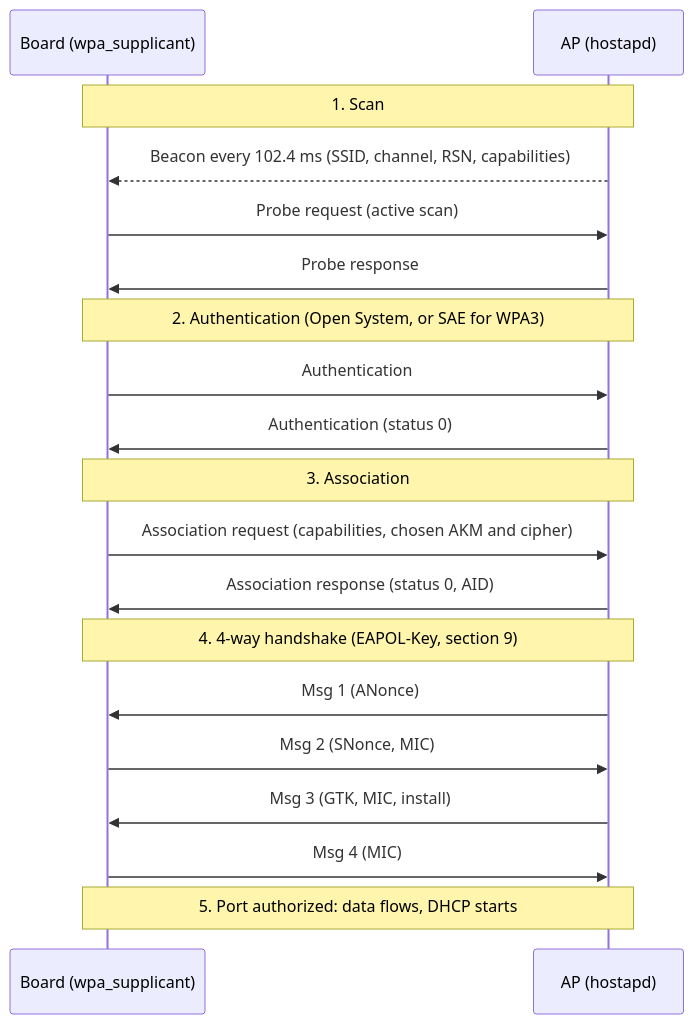
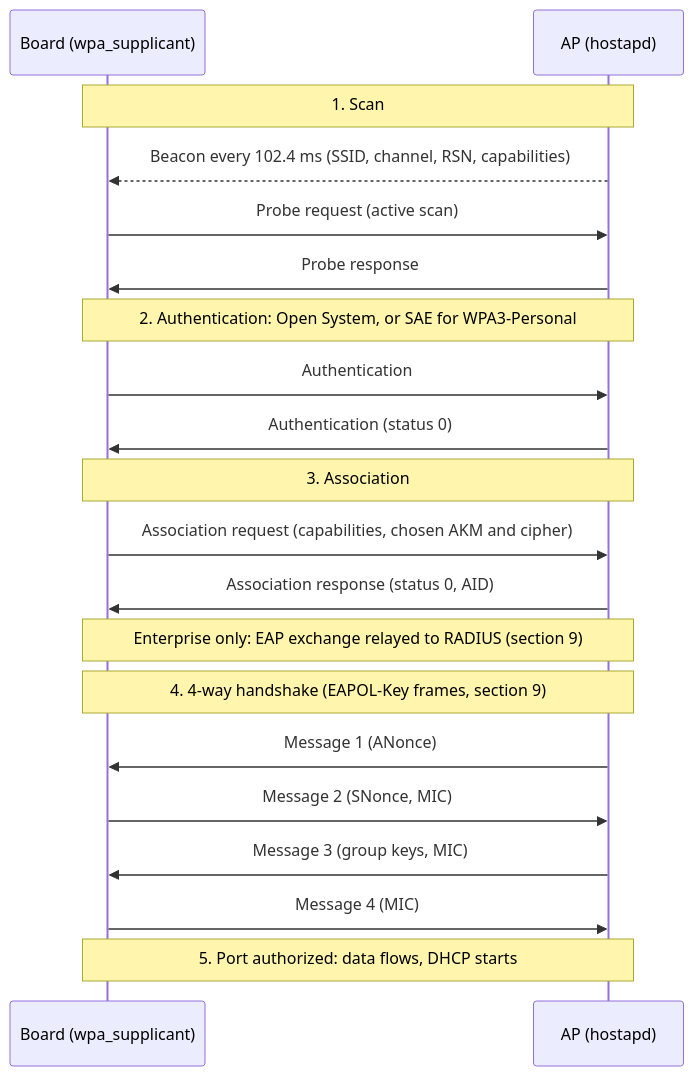
The fourth of 8 diagrams in wireless-protocols-and-connectivity/wifi/wifi.md (yassineflag/engineering-notes-public), drawn with Mermaid before and after one commit. The commit also changed other lines of this file, not shown here.

````diff
--- a/wireless-protocols-and-connectivity/wifi/wifi.md
+++ b/wireless-protocols-and-connectivity/wifi/wifi.md
@@ -628,21 +628,22 @@
 ```mermaid
 sequenceDiagram
     participant S as Board (wpa_supplicant)
     participant A as AP (hostapd)
     Note over S,A: 1. Scan
     A-->>S: Beacon every 102.4 ms (SSID, channel, RSN, capabilities)
     S->>A: Probe request (active scan)
     A->>S: Probe response
-    Note over S,A: 2. Authentication (Open System, or SAE for WPA3)
+    Note over S,A: 2. Authentication: Open System, or SAE for WPA3-Personal
     S->>A: Authentication
     A->>S: Authentication (status 0)
     Note over S,A: 3. Association
     S->>A: Association request (capabilities, chosen AKM and cipher)
     A->>S: Association response (status 0, AID)
-    Note over S,A: 4. 4-way handshake (EAPOL-Key, section 9)
-    A->>S: Msg 1 (ANonce)
-    S->>A: Msg 2 (SNonce, MIC)
-    A->>S: Msg 3 (GTK, MIC, install)
-    S->>A: Msg 4 (MIC)
+    Note over S,A: Enterprise only: EAP exchange relayed to RADIUS (section 9)
+    Note over S,A: 4. 4-way handshake (EAPOL-Key frames, section 9)
+    A->>S: Message 1 (ANonce)
+    S->>A: Message 2 (SNonce, MIC)
+    A->>S: Message 3 (group keys, MIC)
+    S->>A: Message 4 (MIC)
     Note over S,A: 5. Port authorized: data flows, DHCP starts
 ```
````
